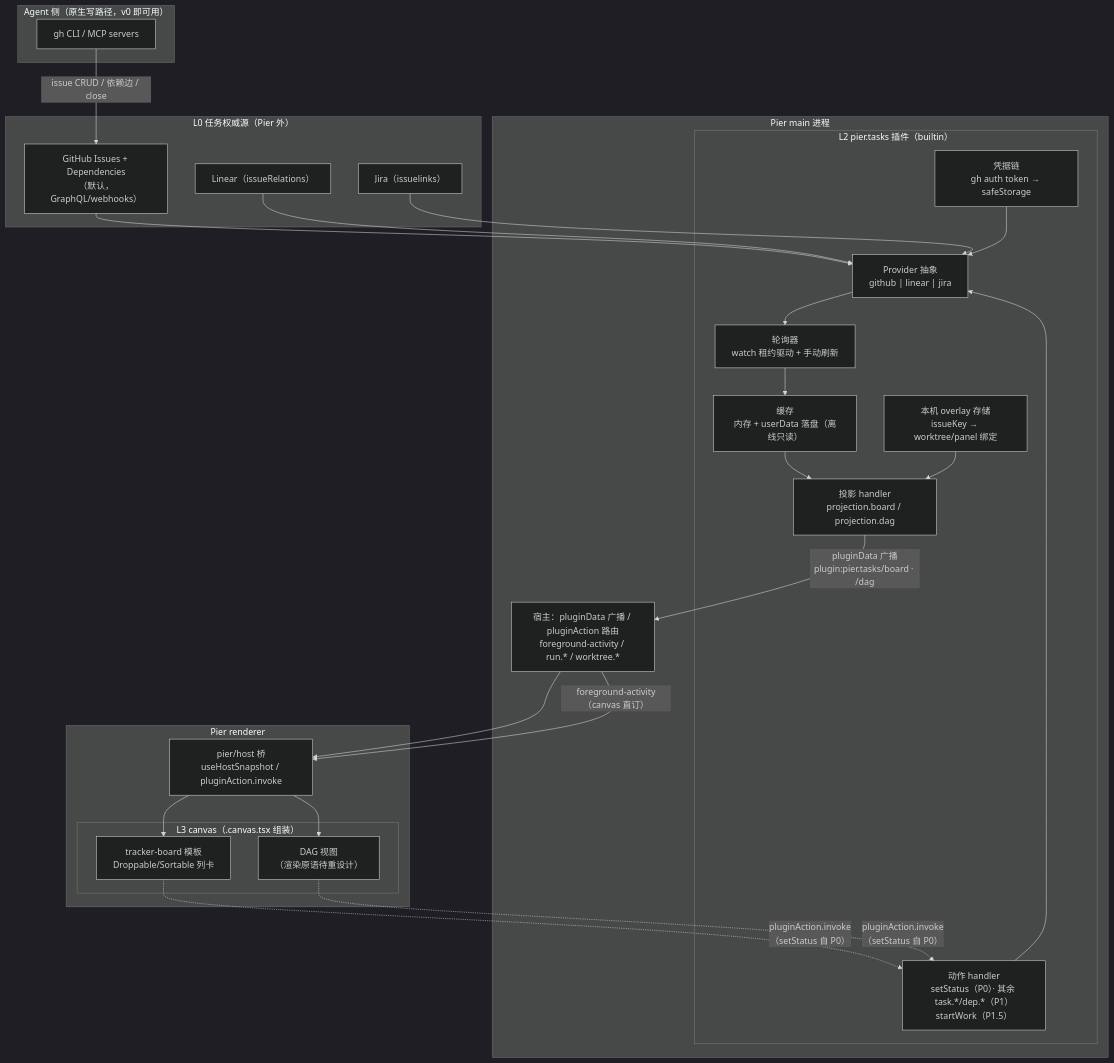
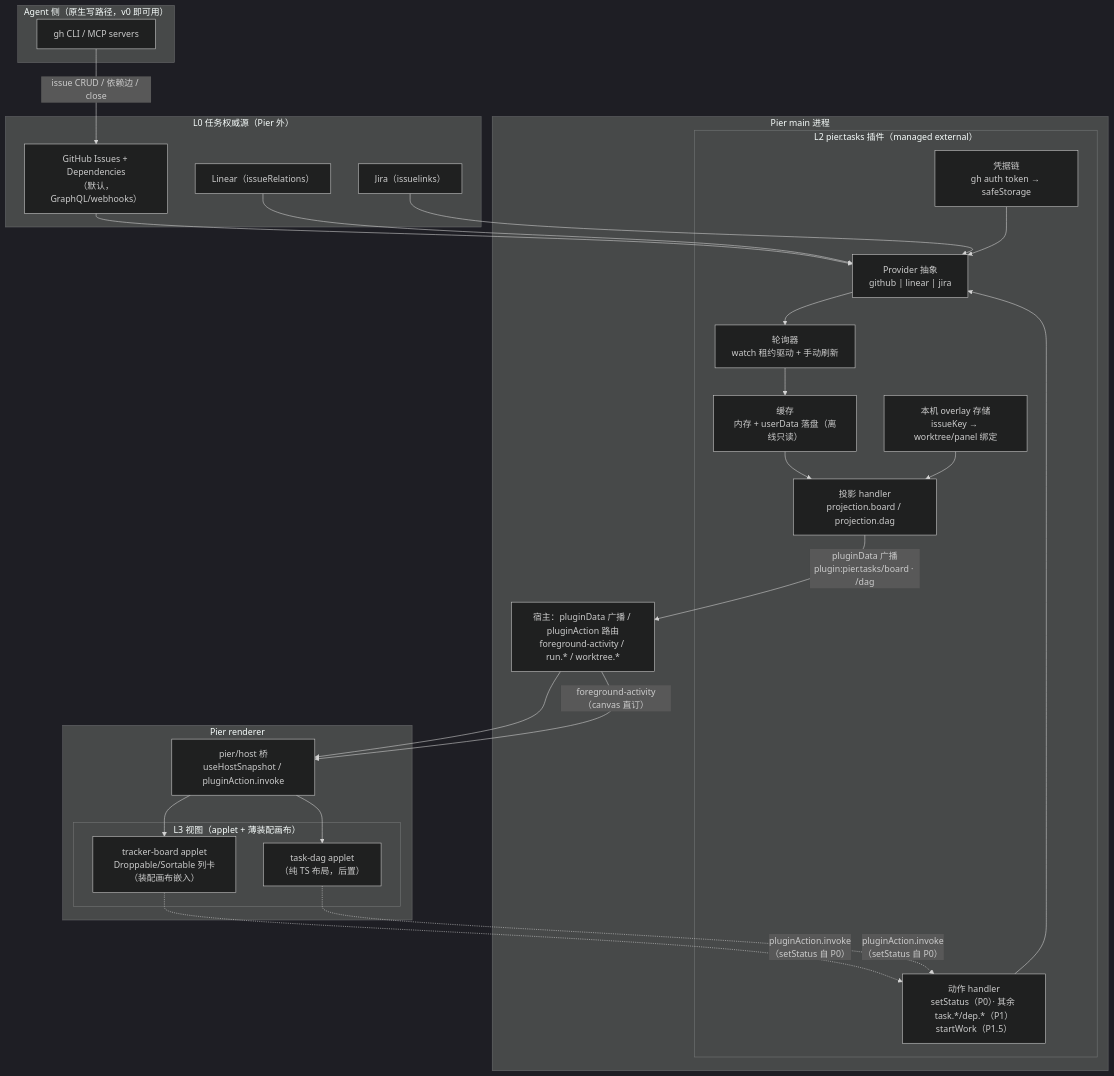
One commit to runloom/pier changed the first of 5 diagrams in docs/superpowers/specs/2026-08-28-canvas-task-management-tracker-adapter-design.md. Above: the diagram before and after it, drawn with Mermaid (dark theme). The commit also changed other lines of this file and 221 other files, not shown here.

First line of the commit message:
feat(tasks): add pier.tasks tracker board with source-native columns

````diff
--- a/docs/superpowers/specs/2026-08-28-canvas-task-management-tracker-adapter-design.md
+++ b/docs/superpowers/specs/2026-08-28-canvas-task-management-tracker-adapter-design.md
@@ -89,42 +100,42 @@
 ```mermaid
 graph TB
   subgraph SoR["L0 任务权威源（Pier 外）"]
     GH["GitHub Issues + Dependencies<br/>（默认，GraphQL/webhooks）"]
     LN["Linear（issueRelations）"]
     JR["Jira（issuelinks）"]
   end
 
   subgraph Agent["Agent 侧（原生写路径，v0 即可用）"]
     CLI["gh CLI / MCP servers"]
   end
 
   subgraph Main["Pier main 进程"]
-    subgraph Plugin["L2 pier.tasks 插件（builtin）"]
+    subgraph Plugin["L2 pier.tasks 插件（managed external）"]
       CRED["凭据链<br/>gh auth token → safeStorage"]
       PROV["Provider 抽象<br/>github | linear | jira"]
       POLL["轮询器<br/>watch 租约驱动 + 手动刷新"]
       CACHE["缓存<br/>内存 + userData 落盘（离线只读）"]
       PROJ["投影 handler<br/>projection.board / projection.dag"]
       ACT["动作 handler<br/>setStatus（P0）· 其余 task.*/dep.*（P1）<br/>startWork（P1.5）"]
       OVL["本机 overlay 存储<br/>issueKey → worktree/panel 绑定"]
     end
     HOSTSVC["宿主：pluginData 广播 / pluginAction 路由<br/>foreground-activity / run.* / worktree.*"]
   end
 
   subgraph Renderer["Pier renderer"]
     BRIDGE["pier/host 桥<br/>useHostSnapshot / pluginAction.invoke"]
-    subgraph Canvas["L3 canvas（.canvas.tsx 组装）"]
-      BOARD["tracker-board 模板<br/>Droppable/Sortable 列卡"]
-      DAG["DAG 视图<br/>（渲染原语待重设计）"]
+    subgraph Canvas["L3 视图（applet + 薄装配画布）"]
+      BOARD["tracker-board applet<br/>Droppable/Sortable 列卡（装配画布嵌入）"]
+      DAG["task-dag applet<br/>（纯 TS 布局，后置）"]
     end
   end
 
   GH & LN & JR --> PROV
   CRED --> PROV
   PROV --> POLL --> CACHE --> PROJ
   OVL --> PROJ
   PROJ -->|"pluginData 广播<br/>plugin:pier.tasks/board · /dag"| HOSTSVC --> BRIDGE --> BOARD & DAG
   BOARD & DAG -.->|"pluginAction.invoke<br/>（setStatus 自 P0）"| ACT --> PROV
   CLI -->|"issue CRUD / 依赖边 / close"| GH
   HOSTSVC -->|"foreground-activity（canvas 直订）"| BRIDGE
 ```
````
